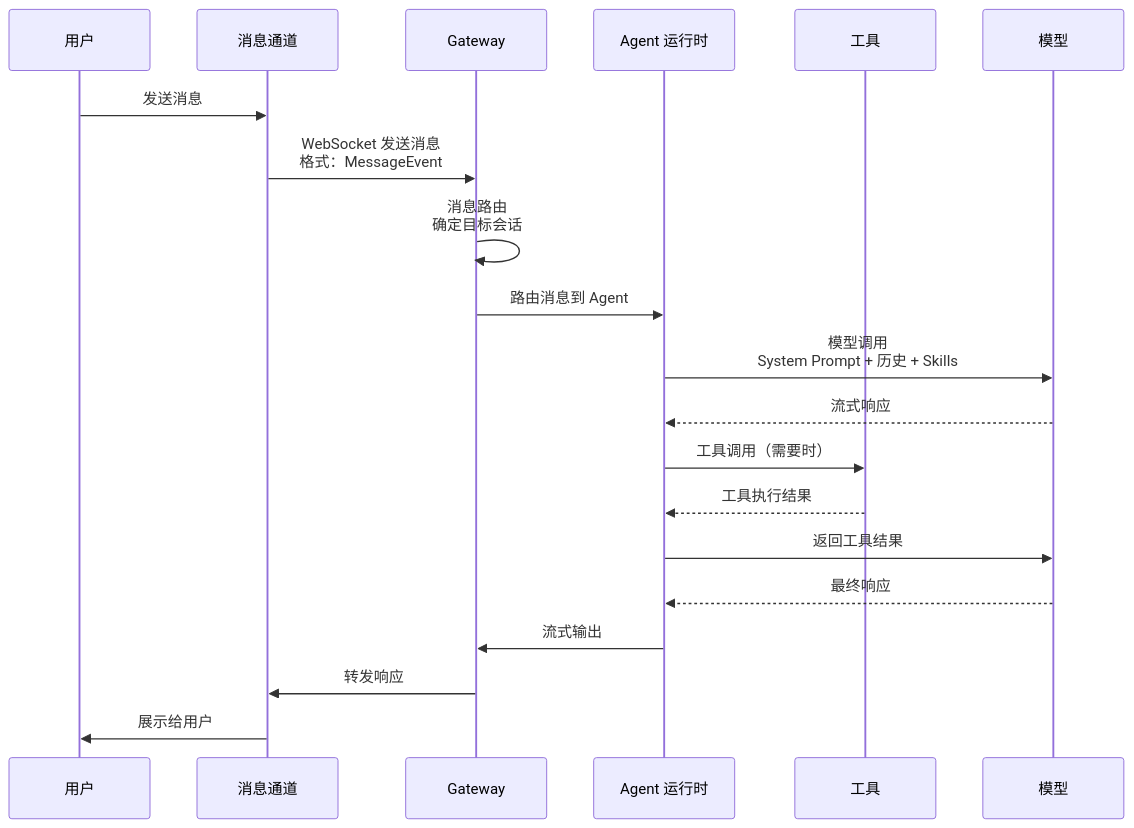
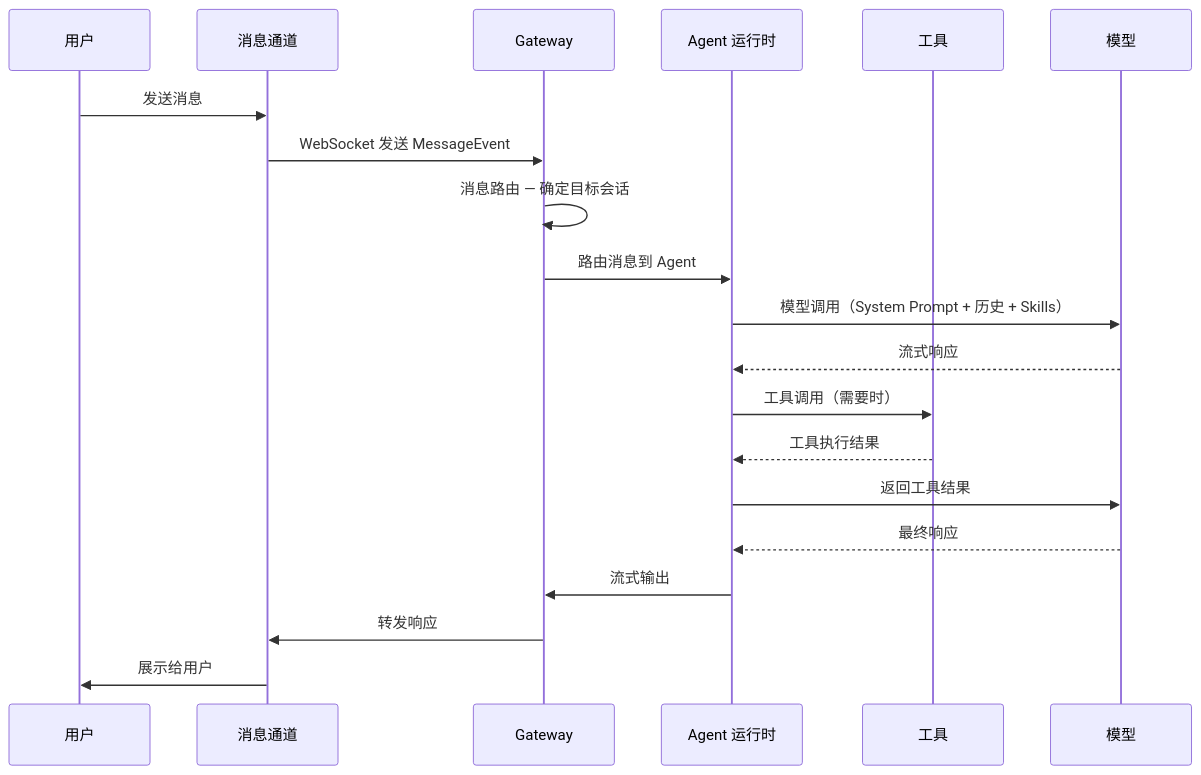
One commit to caicongyang/bloger changed the second of 19 diagrams in openclaw/FAQ.md. Above: the diagram before and after it, drawn with Mermaid. The commit also changed other lines of this file and 13 other files, not shown here.

````diff
--- a/openclaw/FAQ.md
+++ b/openclaw/FAQ.md
@@ -188,23 +114,23 @@
 ```mermaid
 sequenceDiagram
     participant U as 用户
     participant C as 消息通道
     participant G as Gateway
     participant A as Agent 运行时
     participant T as 工具
     participant M as 模型
 
     U->>C: 发送消息
-    C->>G: WebSocket 发送消息<br/>格式：MessageEvent
-    G->>G: 消息路由<br/>确定目标会话
+    C->>G: WebSocket 发送 MessageEvent
+    G->>G: 消息路由 — 确定目标会话
     G->>A: 路由消息到 Agent
-    A->>M: 模型调用<br/>System Prompt + 历史 + Skills
+    A->>M: 模型调用（System Prompt + 历史 + Skills）
     M-->>A: 流式响应
     A->>T: 工具调用（需要时）
     T-->>A: 工具执行结果
     A->>M: 返回工具结果
     M-->>A: 最终响应
     A->>G: 流式输出
     G->>C: 转发响应
     C->>U: 展示给用户
 ```
````
